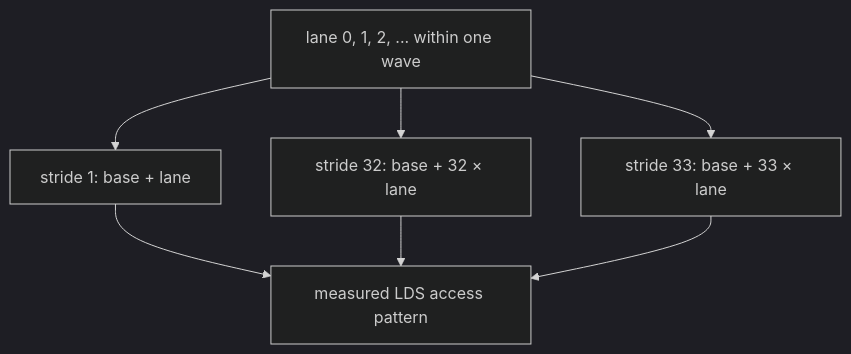
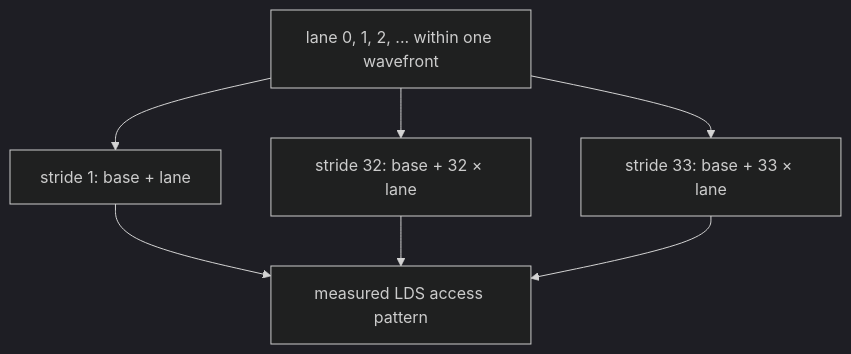
Before and after one commit to Weihong-Liu/hello-gpu: the fifth of 6 diagrams in docs/part0-intro/chapter3/index.md, drawn with Mermaid (dark theme). The commit also changed other lines of this file and 14 other files, not shown here.

````diff
--- a/docs/part0-intro/chapter3/index.md
+++ b/docs/part0-intro/chapter3/index.md
@@ -178,9 +178,9 @@
 ```mermaid
 flowchart TB
-    L[lane 0, 1, 2, ... within one wave] --> A[stride 1: base + lane]
+    L[lane 0, 1, 2, ... within one wavefront] --> A[stride 1: base + lane]
     L --> B[stride 32: base + 32 × lane]
     L --> C[stride 33: base + 33 × lane]
     A --> M[measured LDS access pattern]
     B --> M
     C --> M
 ```
````
